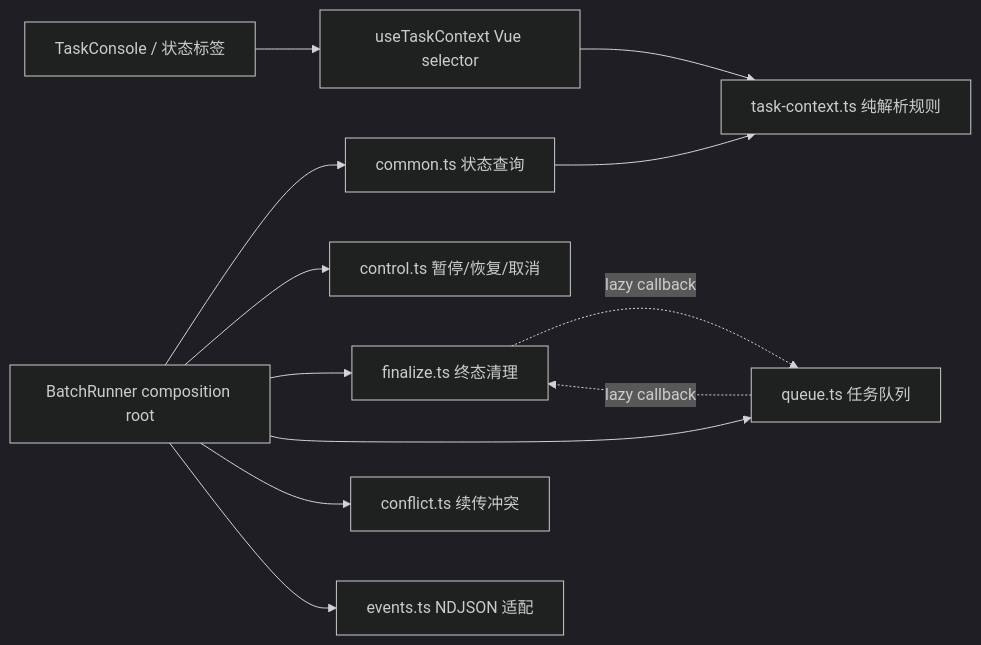
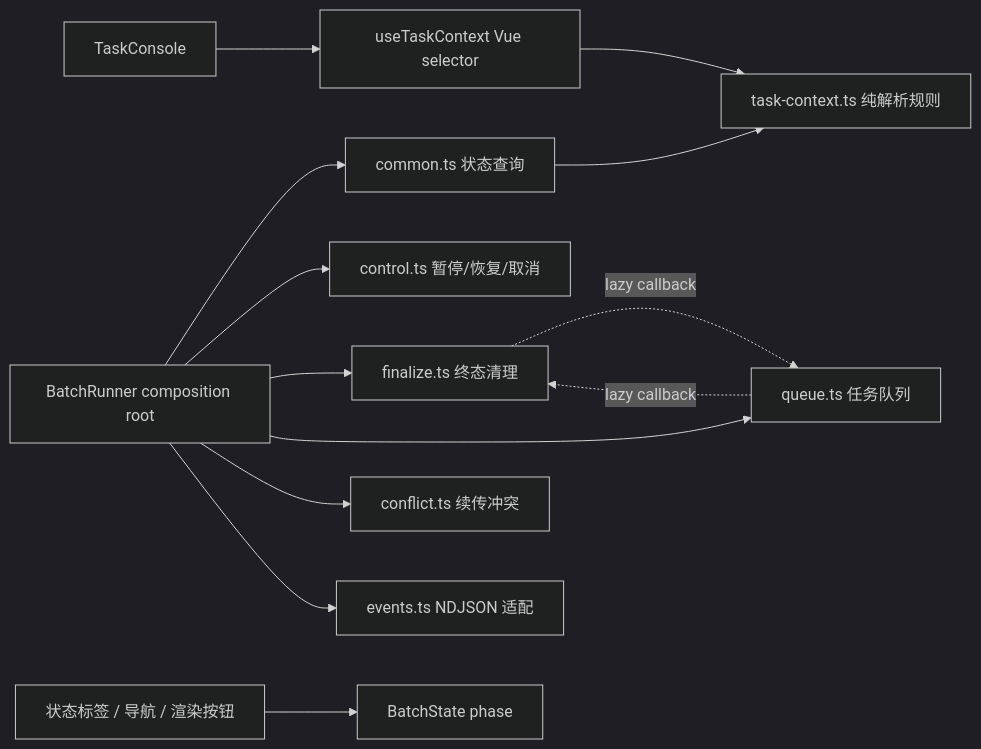
One commit to youge325/vp changed the third of 4 diagrams in docs/02-frontend-architecture.md. Above: the diagram before and after it, drawn with Mermaid (dark theme). The commit also changed other lines of this file and 41 other files, not shown here.

````diff
--- a/docs/02-frontend-architecture.md
+++ b/docs/02-frontend-architecture.md
@@ -210,14 +209,15 @@
 ```mermaid
 graph LR
     A[BatchRunner composition root] --> B1[common.ts 状态查询]
     A --> B2[control.ts 暂停/恢复/取消]
     A --> B3[finalize.ts 终态清理]
     A --> B4[queue.ts 任务队列]
     A --> C[conflict.ts 续传冲突]
     A --> D[events.ts NDJSON 适配]
     B1 --> E[task-context.ts 纯解析规则]
     F[useTaskContext Vue selector] --> E
-    G[TaskConsole / 状态标签] --> F
+    G[TaskConsole] --> F
+    H[状态标签 / 导航 / 渲染按钮] --> I[BatchState phase]
     B3 -. lazy callback .-> B4
     B4 -. lazy callback .-> B3
 ```
````
